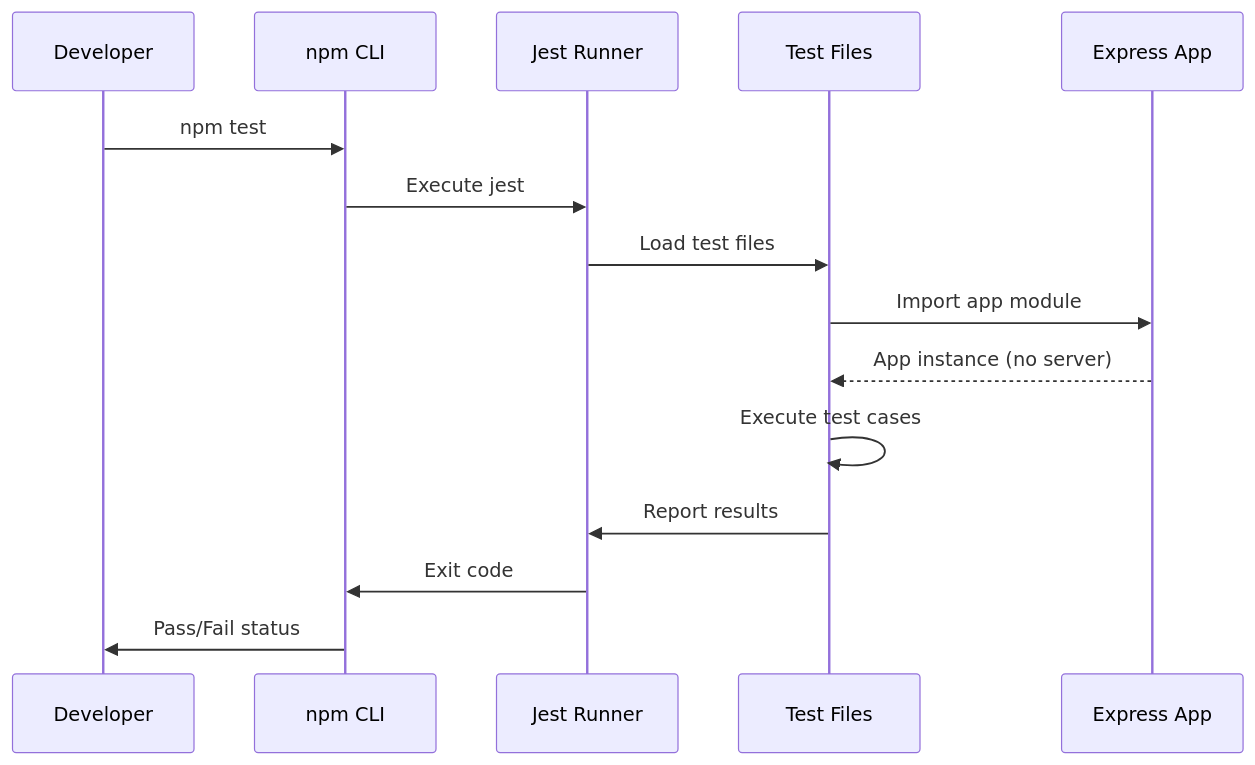
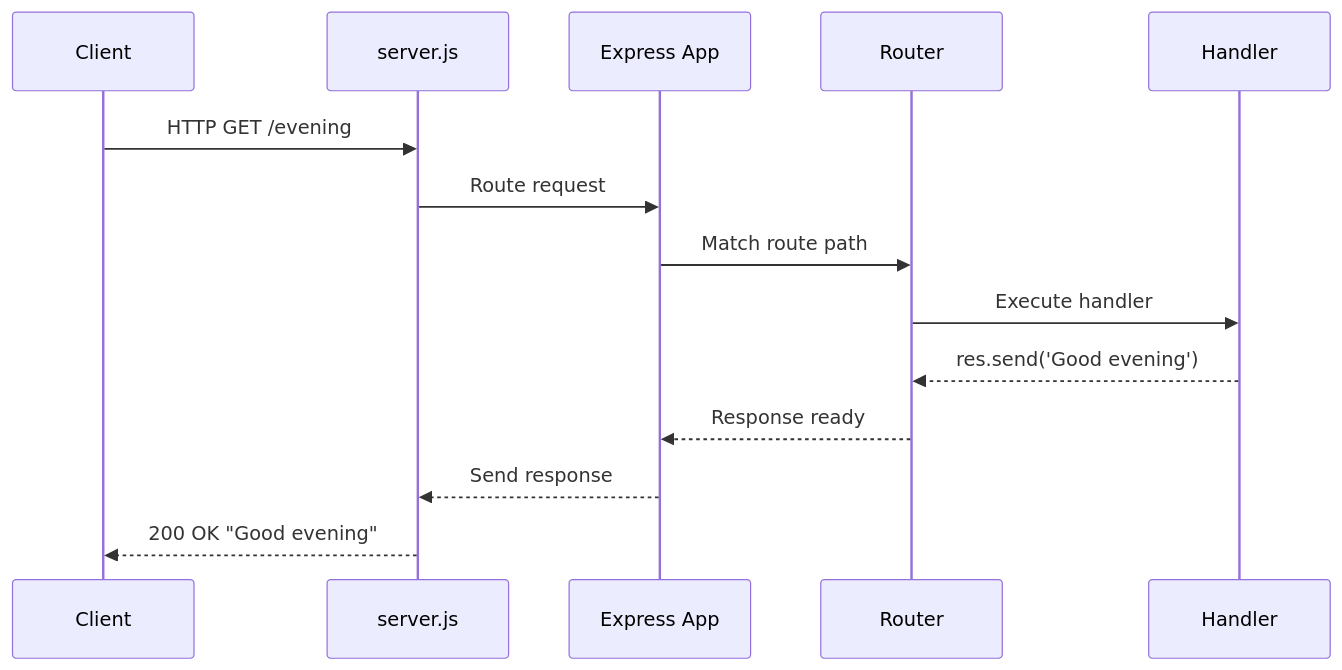
One commit to sudhanshu-spec/test-spec changed the first of 2 diagrams in blitzy/documentation/Technical Specifications.md. Above: the diagram before and after it, drawn with Mermaid. The commit also changed other lines of this file, not shown here.

````diff
--- a/blitzy/documentation/Technical Specifications.md
+++ b/blitzy/documentation/Technical Specifications.md
@@ -1039,18 +420,17 @@
 ```mermaid
 sequenceDiagram
-    participant Dev as Developer
-    participant NPM as npm CLI
-    participant Jest as Jest Runner
-    participant Tests as Test Files
-    participant App as Express App
+    participant Client
+    participant server.js
+    participant Express App
+    participant Router
+    participant Handler
     
-    Dev->>NPM: npm test
-    NPM->>Jest: Execute jest
-    Jest->>Tests: Load test files
-    Tests->>App: Import app module
-    App-->>Tests: App instance (no server)
-    Tests->>Tests: Execute test cases
-    Tests->>Jest: Report results
-    Jest->>NPM: Exit code
-    NPM->>Dev: Pass/Fail status
+    Client->>server.js: HTTP GET /evening
+    server.js->>Express App: Route request
+    Express App->>Router: Match route path
+    Router->>Handler: Execute handler
+    Handler-->>Router: res.send('Good evening')
+    Router-->>Express App: Response ready
+    Express App-->>server.js: Send response
+    server.js-->>Client: 200 OK "Good evening"
 ```
````
